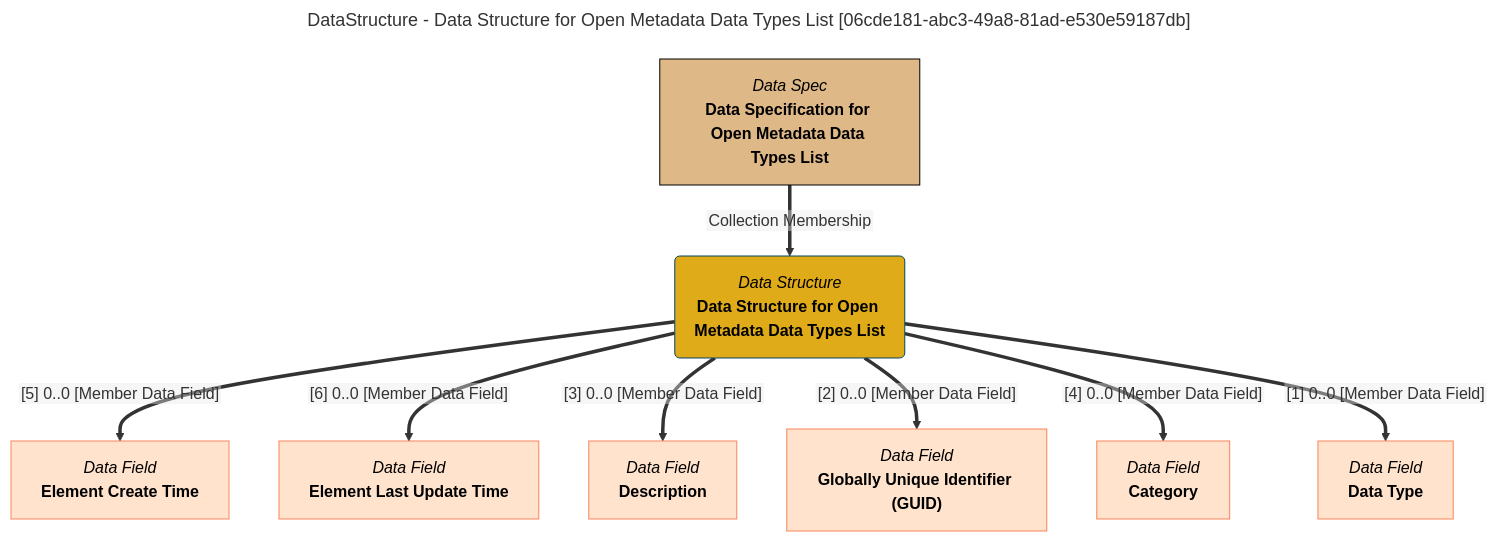
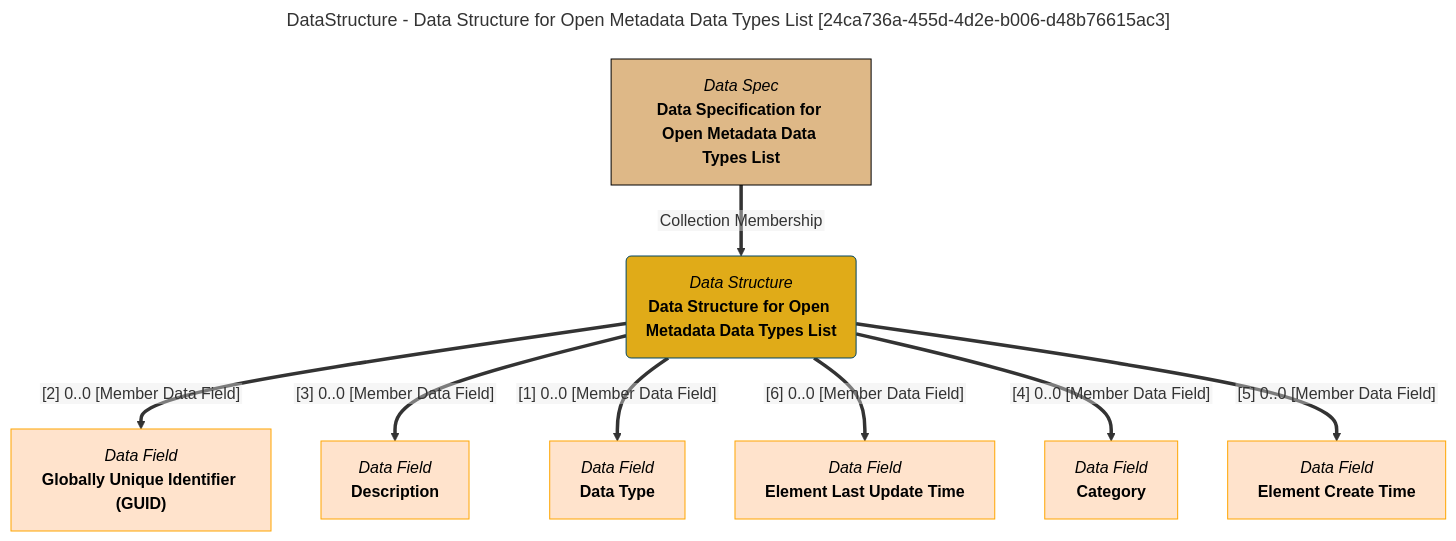
Before and after one commit to odpi/egeria-docs: the diagram in site/snippets/data-structures/data-structure-for-open-metadata-data-types-list-mermaid-graph.md, drawn with Mermaid. The commit also changed 2201 other files, not shown here.

````diff
--- a/site/snippets/data-structures/data-structure-for-open-metadata-data-types-list-mermaid-graph.md
+++ b/site/snippets/data-structures/data-structure-for-open-metadata-data-types-list-mermaid-graph.md
@@ -1,39 +1,39 @@
 ```mermaid
 ---
-title: DataStructure - Data Structure for Open Metadata Data Types List [06cde181-abc3-49a8-81ad-e530e59187db]
+title: DataStructure - Data Structure for Open Metadata Data Types List [24ca736a-455d-4d2e-b006-d48b76615ac3]
 ---
 flowchart TD
 %%{init: {"flowchart": {"htmlLabels": false}} }%%
 
 1@{ shape: rounded, label: "*Data Structure*
 **Data Structure for Open Metadata Data Types List**"}
 2@{ shape: rect, label: "*Data Spec*
 **Data Specification for Open Metadata Data Types List**"}
 2==>|"Collection Membership"|1
 3@{ shape: rect, label: "*Data Field*
-**Element Create Time**"}
-1==>|"[5] 0..0 [Member Data Field]"|3
+**Globally Unique Identifier (GUID)**"}
+1==>|"[2] 0..0 [Member Data Field]"|3
 4@{ shape: rect, label: "*Data Field*
+**Description**"}
+1==>|"[3] 0..0 [Member Data Field]"|4
+5@{ shape: rect, label: "*Data Field*
+**Data Type**"}
+1==>|"[1] 0..0 [Member Data Field]"|5
+6@{ shape: rect, label: "*Data Field*
 **Element Last Update Time**"}
-1==>|"[6] 0..0 [Member Data Field]"|4
-5@{ shape: rect, label: "*Data Field*
-**Description**"}
-1==>|"[3] 0..0 [Member Data Field]"|5
-6@{ shape: rect, label: "*Data Field*
-**Globally Unique Identifier (GUID)**"}
-1==>|"[2] 0..0 [Member Data Field]"|6
+1==>|"[6] 0..0 [Member Data Field]"|6
 7@{ shape: rect, label: "*Data Field*
 **Category**"}
 1==>|"[4] 0..0 [Member Data Field]"|7
 8@{ shape: rect, label: "*Data Field*
-**Data Type**"}
-1==>|"[1] 0..0 [Member Data Field]"|8
+**Element Create Time**"}
+1==>|"[5] 0..0 [Member Data Field]"|8
 style 1 color:#000000, fill:#e0ab18, stroke:#004563
-style 2 color:#000000, fill:#deb887, stroke:#000000
-style 3 color:#000000, fill:#ffe3cc, stroke:#f9845b
-style 4 color:#000000, fill:#ffe3cc, stroke:#f9845b
-style 5 color:#000000, fill:#ffe3cc, stroke:#f9845b
-style 6 color:#000000, fill:#ffe3cc, stroke:#f9845b
-style 7 color:#000000, fill:#ffe3cc, stroke:#f9845b
-style 8 color:#000000, fill:#ffe3cc, stroke:#f9845b
+style 2 color:#000000, fill:#DEB887, stroke:#000000
+style 3 color:#000000, fill:#ffe3cc, stroke:#FFA500
+style 4 color:#000000, fill:#ffe3cc, stroke:#FFA500
+style 5 color:#000000, fill:#ffe3cc, stroke:#FFA500
+style 6 color:#000000, fill:#ffe3cc, stroke:#FFA500
+style 7 color:#000000, fill:#ffe3cc, stroke:#FFA500
+style 8 color:#000000, fill:#ffe3cc, stroke:#FFA500
 ```
````
